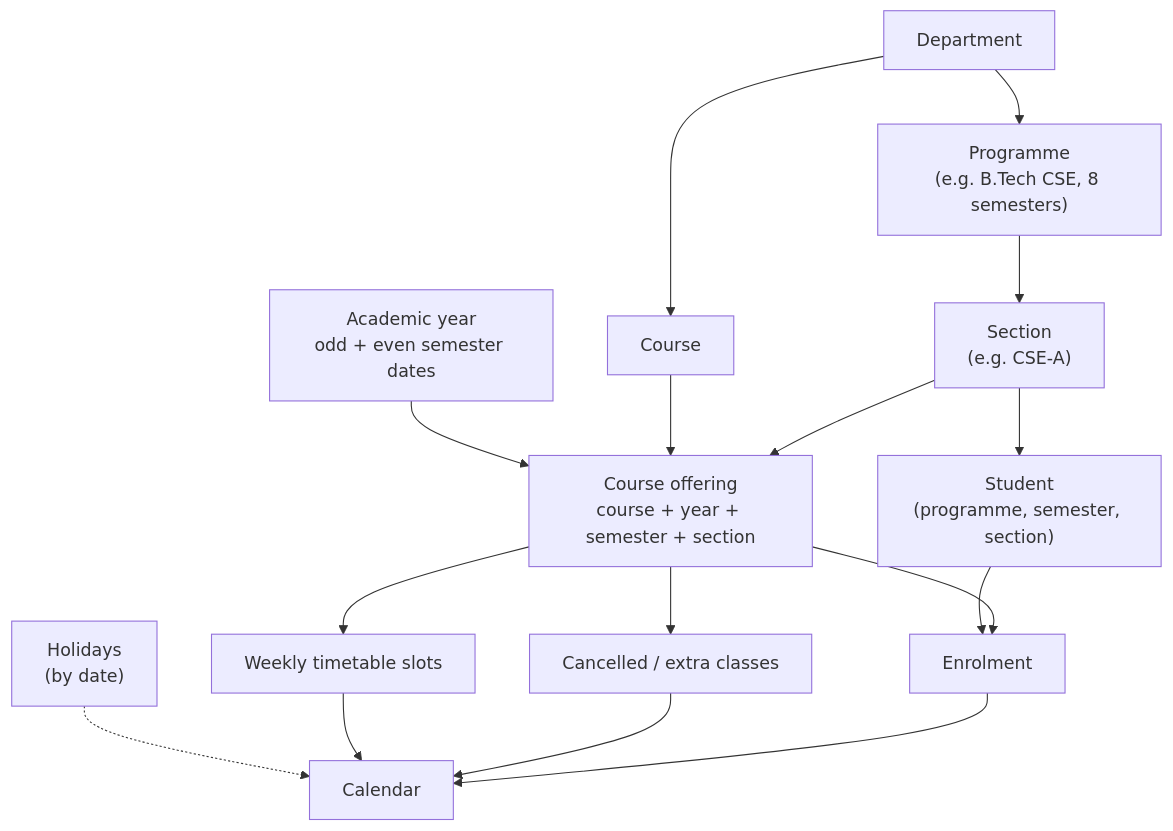
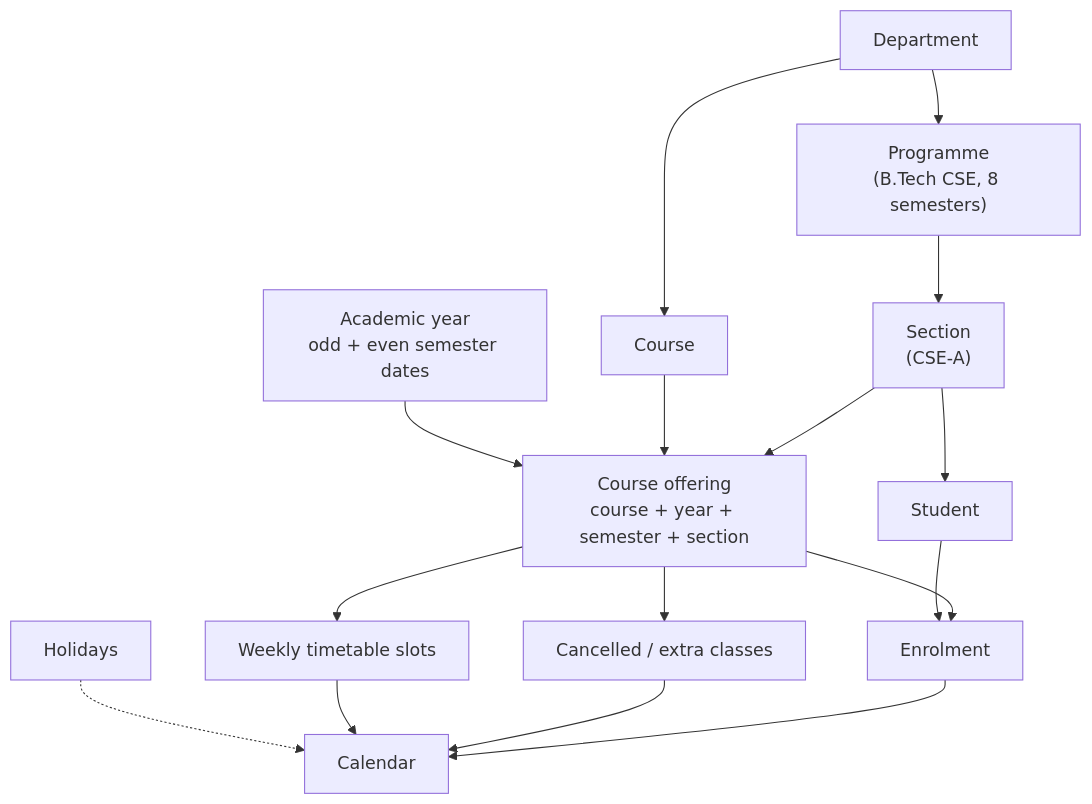
The third of 4 diagrams in README.md (Git-punit/campus-erp), drawn with Mermaid before and after one commit. The commit also changed other lines of this file, not shown here.

````diff
--- a/README.md
+++ b/README.md
@@ -513,21 +344,21 @@
 ```mermaid
 flowchart TB
-    DEPT["Department"] --> PROG["Programme<br/>(e.g. B.Tech CSE, 8 semesters)"]
-    PROG --> SEC["Section<br/>(e.g. CSE-A)"]
+    DEPT["Department"] --> PROG["Programme<br/>(B.Tech CSE, 8 semesters)"]
+    PROG --> SEC["Section<br/>(CSE-A)"]
     DEPT --> COURSE["Course"]
 
     YEAR["Academic year<br/>odd + even semester dates"] --> OFF["Course offering<br/>course + year + semester + section"]
     COURSE --> OFF
     SEC --> OFF
 
-    SEC --> STU["Student<br/>(programme, semester, section)"]
+    SEC --> STU["Student"]
     STU --> ENR["Enrolment"]
     OFF --> ENR
     OFF --> SLOT["Weekly timetable slots"]
     OFF --> EXC["Cancelled / extra classes"]
 
-    HOL["Holidays<br/>(by date)"] -.-> CAL["Calendar"]
+    HOL["Holidays"] -.-> CAL["Calendar"]
     SLOT --> CAL
     EXC --> CAL
     ENR --> CAL
 ```
````
